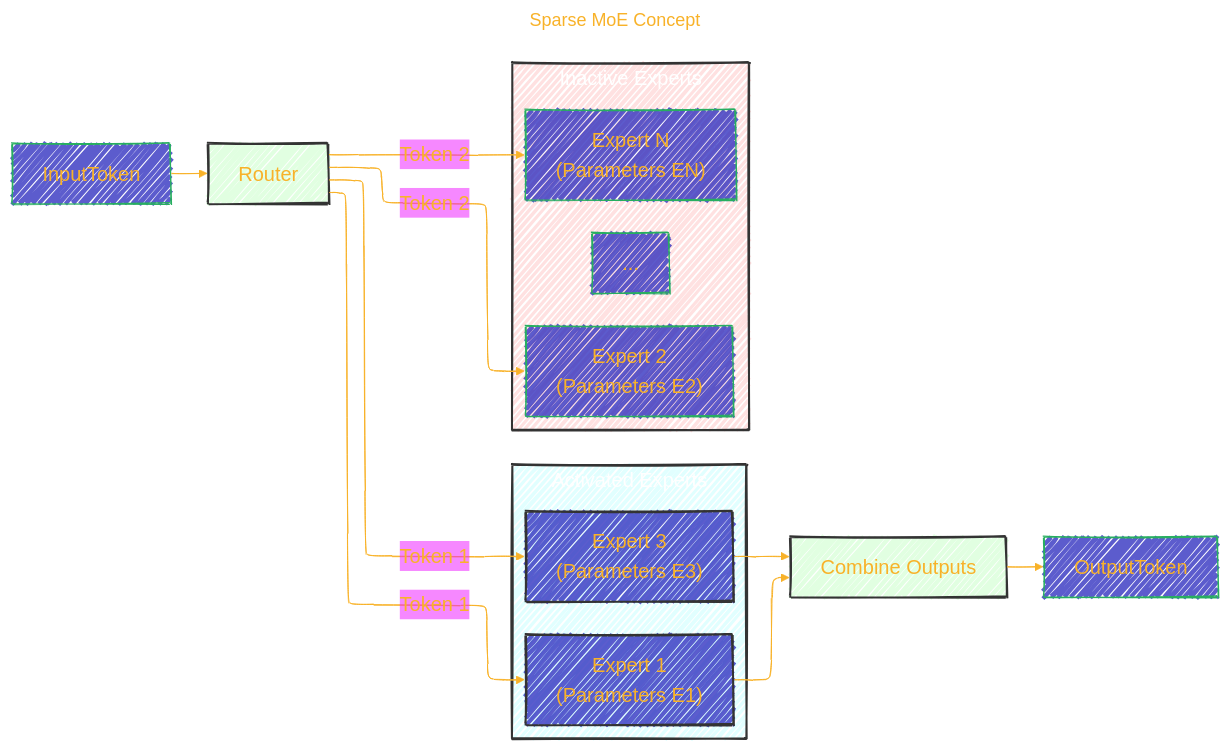
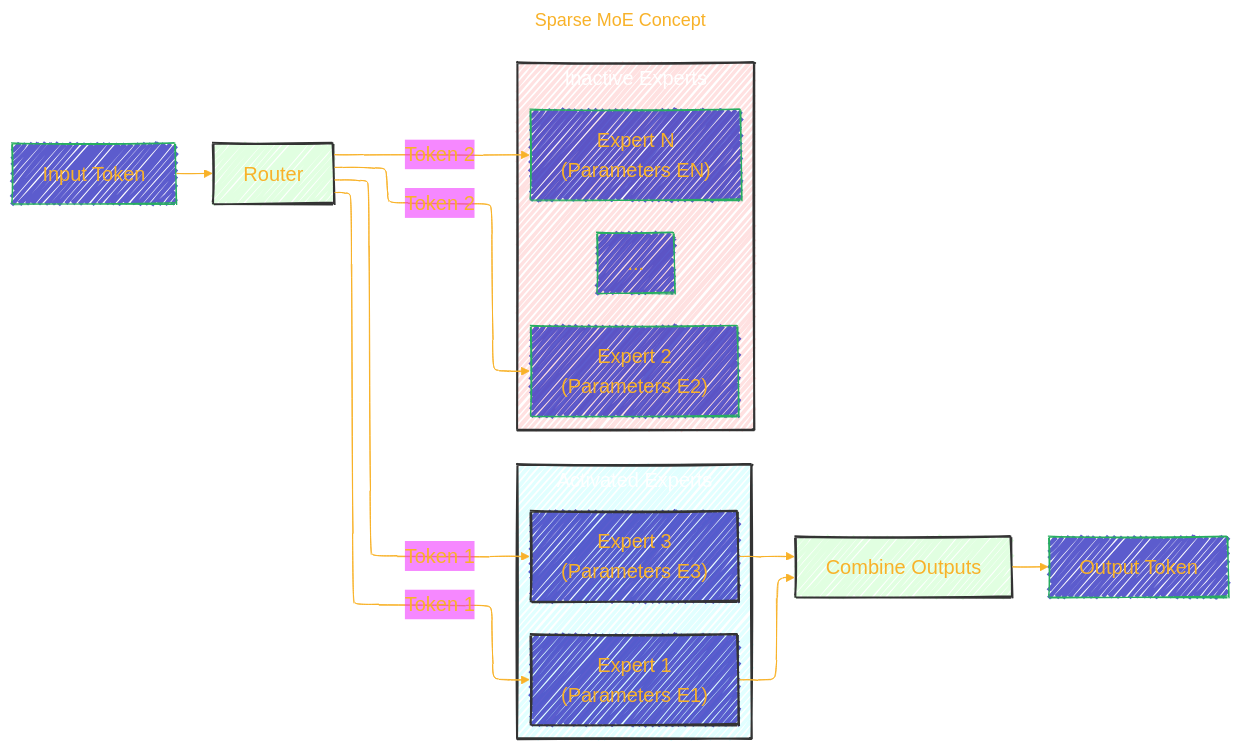
Before and after one commit to CongLeSolutionX/Synthetic-Zooniverse: the third of 11 diagrams in GOOGLE/GEMINI_FAMILY/gemini_v2_5_report.md, drawn with Mermaid.

````diff
--- a/GOOGLE/GEMINI_FAMILY/gemini_v2_5_report.md
+++ b/GOOGLE/GEMINI_FAMILY/gemini_v2_5_report.md
@@ -240,62 +240,65 @@
 ```mermaid
 ---
 title: "Sparse MoE Concept"
 author: "Cong Le"
 version: "1.0"
 license(s): "MIT, CC BY-SA 4.0"
 copyright: "Copyright (c) 2025 Cong Le. All Rights Reserved."
 config:
   layout: elk
   theme: base
   look: handDrawn
 ---
 %%%%%%%% Mermaid version v11.4.1-b.14
 %%%%%%%% Available curve styles include the following keywords:
 %% basis, bumpX, bumpY, cardinal, catmullRom, linear, monotoneX, monotoneY, natural, step, stepAfter, stepBefore.
 %%{
   init: {
     'flowchart': { 'htmlLabels': true, 'curve': 'basis' },
     'fontFamily': 'American Typewriter, monospace',
     'logLevel': 'fatal',
     'themeVariables': {
       'primaryColor': '#22BB',
       'primaryTextColor': '#F8B229',
       'lineColor': '#F8B229',
       'primaryBorderColor': '#27AE60',
       'secondaryColor': '#E2F1',
       'secondaryTextColor': '#6C3483',
       'secondaryBorderColor': '#A569BD',
       'fontSize': '20px'
     }
   }
 }%%
 flowchart LR
-    InputToken --> Router
+    InputToken["Input Token"]
+	OutputToken["Output Token"]
+
+	InputToken --> Router
     Router -- "Token 1" --> Expert1["Expert 1<br/>(Parameters E1)"]
     Router -- "Token 1" --> Expert3["Expert 3<br/>(Parameters E3)"]
     Router -- "Token 2" --> Expert2["Expert 2<br/>(Parameters E2)"]
     Router -- "Token 2" --> ExpertN["Expert N<br/>(Parameters EN)"]
 
     subgraph Activated_Experts["Activated Experts"]
     style Activated_Experts fill:#2FF2,stroke:#333,stroke-width:2px, color: #FFFF
         Expert1
         Expert3
     end
 
     subgraph Inactive_Experts["Inactive Experts"]
     style Inactive_Experts fill:#f222,stroke:#333,stroke-width:2px, color: #FFFF
         Expert2
         ExpertN
         ExpertOther["..."]
     end
 
     Expert1 --> Combine["Combine Outputs"]
     Expert3 --> Combine
 
     Combine --> OutputToken
 
     style Router fill:#2F22,stroke:#333,stroke-width:2px
     style Expert1 fill:#22BB,stroke:#333,stroke-width:2px
     style Expert3 fill:#22BB,stroke:#333,stroke-width:2px
     style Combine fill:#2F22,stroke:#333,stroke-width:2px
 ```
````
